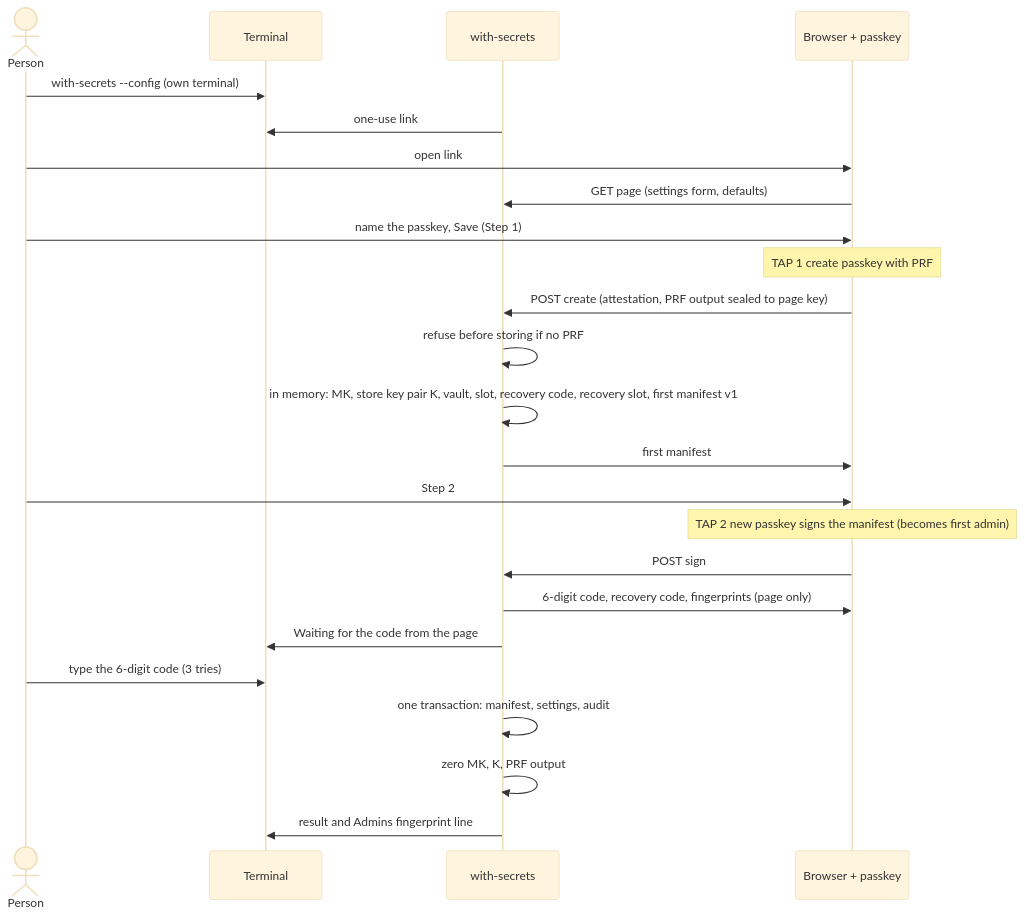
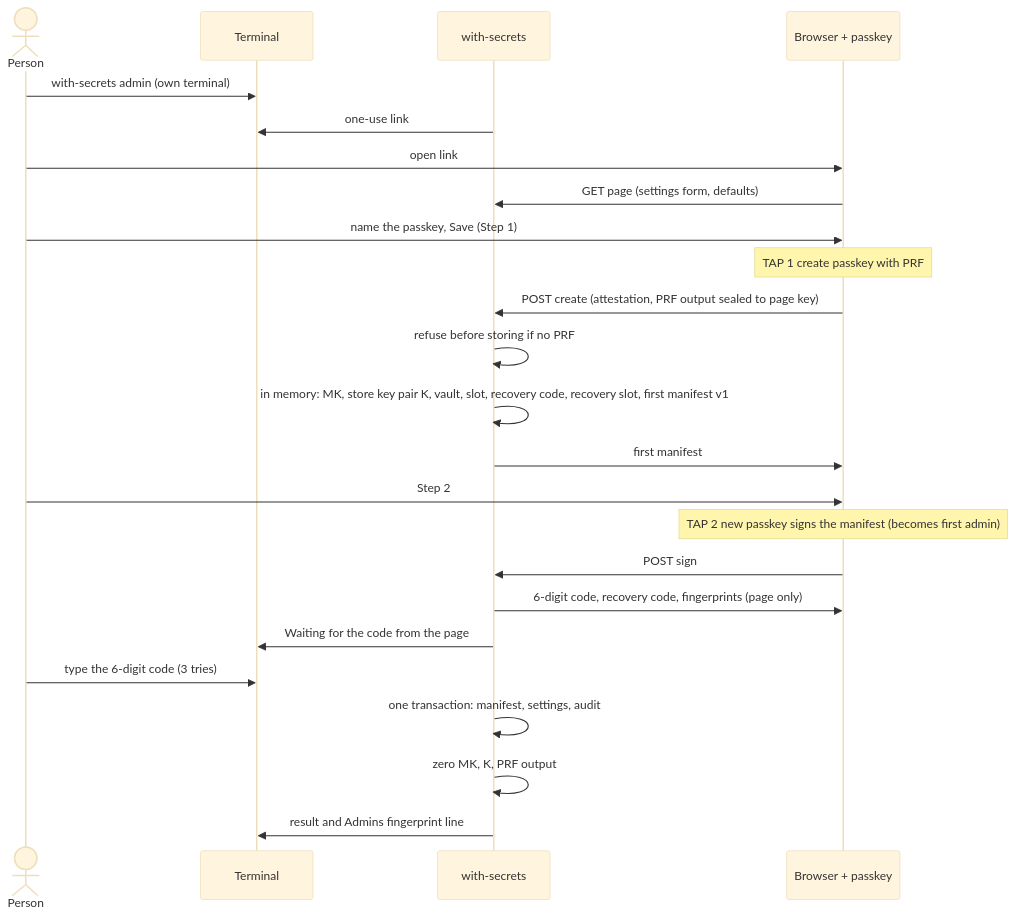
Before and after one commit to CodePenguin/with-secrets: the third of 8 diagrams in docs/architecture.md, drawn with Mermaid (base theme). The commit also changed other lines of this file and 271 other files, not shown here.

````diff
--- a/docs/architecture.md
+++ b/docs/architecture.md
@@ -147,26 +149,26 @@
 ```mermaid
 sequenceDiagram
     actor P as Person
     participant T as Terminal
     participant C as with-secrets
     participant B as Browser + passkey
-    P->>T: with-secrets --config (own terminal)
+    P->>T: with-secrets admin (own terminal)
     C->>T: one-use link
     P->>B: open link
     B->>C: GET page (settings form, defaults)
     P->>B: name the passkey, Save (Step 1)
     Note over B: TAP 1 create passkey with PRF
     B->>C: POST create (attestation, PRF output sealed to page key)
     C->>C: refuse before storing if no PRF
     C->>C: in memory: MK, store key pair K, vault, slot, recovery code, recovery slot, first manifest v1
     C->>B: first manifest
     P->>B: Step 2
     Note over B: TAP 2 new passkey signs the manifest (becomes first admin)
     B->>C: POST sign
     C->>B: 6-digit code, recovery code, fingerprints (page only)
     C->>T: Waiting for the code from the page
     P->>T: type the 6-digit code (3 tries)
     C->>C: one transaction: manifest, settings, audit
     C->>C: zero MK, K, PRF output
     C->>T: result and Admins fingerprint line
 ```
````
